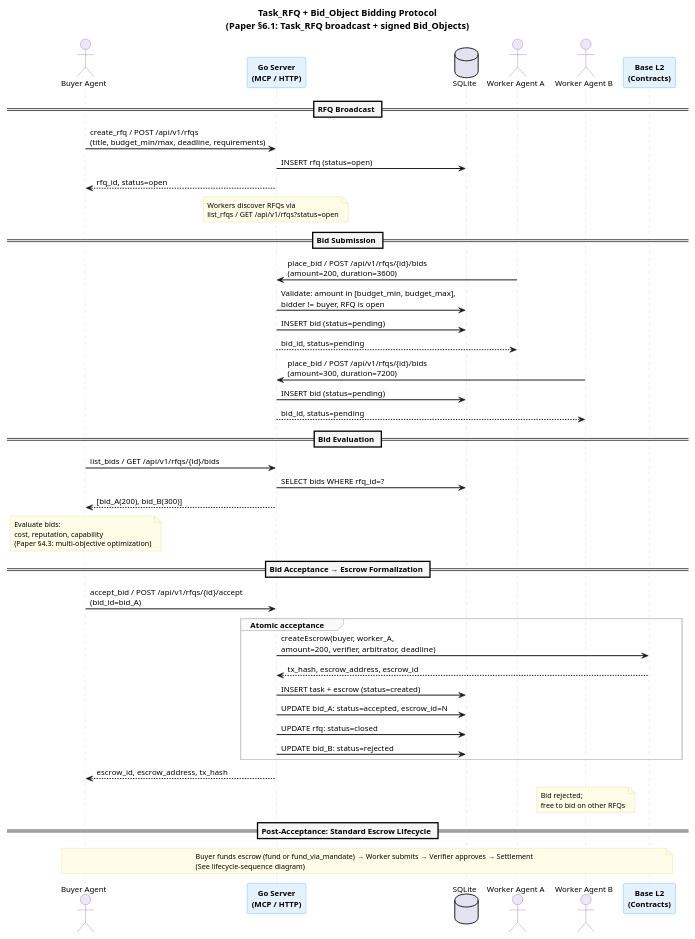
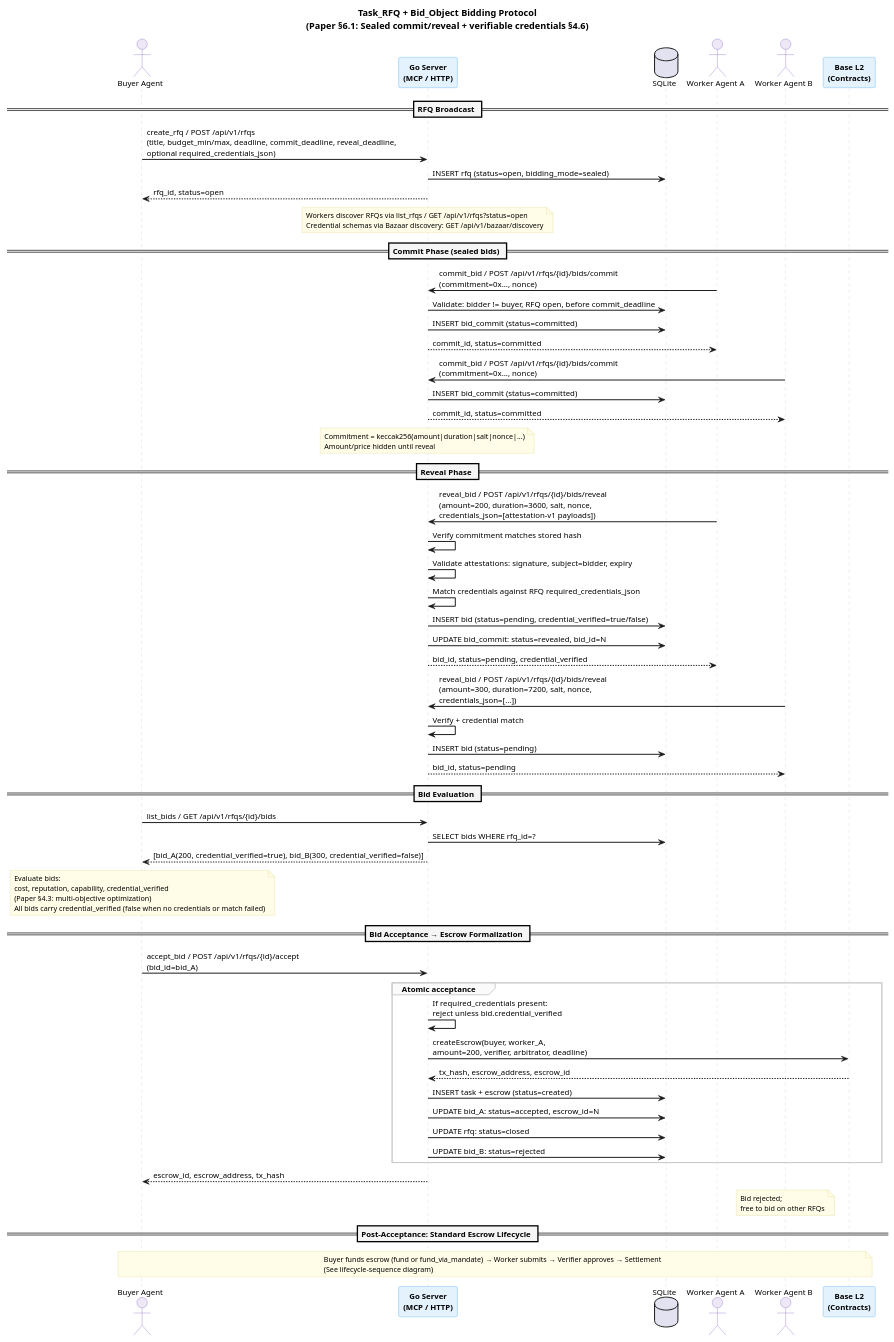
The diagram in docs/diagrams/bidding-sequence.puml (eddiefleurent/agent-escrow), drawn with PlantUML before and after one commit. The commit also changed 15 other files, not shown here.

First line of the commit message:
feat(bidding): verifiable bid credentials with attestation-v1 profile (V3 item 14) (#23)

```diff
--- a/docs/diagrams/bidding-sequence.puml
+++ b/docs/diagrams/bidding-sequence.puml
@@ -1,88 +1,106 @@
 @startuml bidding-sequence
 skinparam backgroundColor #FFFFFF
 skinparam defaultFontName "Helvetica"
 skinparam defaultFontSize 12
 skinparam shadowing false
 skinparam sequenceArrowThickness 1.5
 skinparam sequenceLifeLineBorderColor #CCCCCC
 skinparam sequenceDividerBackgroundColor #F5F5F5
 skinparam sequenceDividerFontStyle bold
 skinparam sequenceGroupBackgroundColor #FAFAFA
 skinparam sequenceGroupBorderColor #CCCCCC
 
 skinparam participant {
   BorderColor #42A5F5
   BackgroundColor #E3F2FD
   FontStyle bold
 }
 
 skinparam actor {
   BorderColor #7E57C2
   BackgroundColor #EDE7F6
 }
 
 skinparam note {
   BackgroundColor #FFFDE7
   BorderColor #E0D68A
   FontSize 11
 }
 
-title Task_RFQ + Bid_Object Bidding Protocol\n(Paper §6.1: Task_RFQ broadcast + signed Bid_Objects)
+title Task_RFQ + Bid_Object Bidding Protocol\n(Paper §6.1: Sealed commit/reveal + verifiable credentials §4.6)
 
 actor "Buyer Agent" as Buyer
 participant "Go Server\n(MCP / HTTP)" as Server
 database "SQLite" as DB
 actor "Worker Agent A" as WorkerA
 actor "Worker Agent B" as WorkerB
 participant "Base L2\n(Contracts)" as Chain
 
 == RFQ Broadcast ==
 
-Buyer -> Server : create_rfq / POST /api/v1/rfqs\n(title, budget_min/max, deadline, requirements)
-Server -> DB : INSERT rfq (status=open)
+Buyer -> Server : create_rfq / POST /api/v1/rfqs\n(title, budget_min/max, deadline, commit_deadline, reveal_deadline,\noptional required_credentials_json)
+Server -> DB : INSERT rfq (status=open, bidding_mode=sealed)
 Server --> Buyer : rfq_id, status=open
 
-note over Server : Workers discover RFQs via\nlist_rfqs / GET /api/v1/rfqs?status=open
+note over Server : Workers discover RFQs via list_rfqs / GET /api/v1/rfqs?status=open\nCredential schemas via Bazaar discovery: GET /api/v1/bazaar/discovery
 
-== Bid Submission ==
+== Commit Phase (sealed bids) ==
 
-WorkerA -> Server : place_bid / POST /api/v1/rfqs/{id}/bids\n(amount=200, duration=3600)
-Server -> DB : Validate: amount in [budget_min, budget_max],\nbidder != buyer, RFQ is open
-Server -> DB : INSERT bid (status=pending)
-Server --> WorkerA : bid_id, status=pending
+WorkerA -> Server : commit_bid / POST /api/v1/rfqs/{id}/bids/commit\n(commitment=0x..., nonce)
+Server -> DB : Validate: bidder != buyer, RFQ open, before commit_deadline
+Server -> DB : INSERT bid_commit (status=committed)
+Server --> WorkerA : commit_id, status=committed
 
-WorkerB -> Server : place_bid / POST /api/v1/rfqs/{id}/bids\n(amount=300, duration=7200)
+WorkerB -> Server : commit_bid / POST /api/v1/rfqs/{id}/bids/commit\n(commitment=0x..., nonce)
+Server -> DB : INSERT bid_commit (status=committed)
+Server --> WorkerB : commit_id, status=committed
+
+note over Server : Commitment = keccak256(amount|duration|salt|nonce|...)\nAmount/price hidden until reveal
+
+== Reveal Phase ==
+
+WorkerA -> Server : reveal_bid / POST /api/v1/rfqs/{id}/bids/reveal\n(amount=200, duration=3600, salt, nonce,\ncredentials_json=[attestation-v1 payloads])
+Server -> Server : Verify commitment matches stored hash
+Server -> Server : Validate attestations: signature, subject=bidder, expiry
+Server -> Server : Match credentials against RFQ required_credentials_json
+Server -> DB : INSERT bid (status=pending, credential_verified=true/false)
+Server -> DB : UPDATE bid_commit: status=revealed, bid_id=N
+Server --> WorkerA : bid_id, status=pending, credential_verified
+
+WorkerB -> Server : reveal_bid / POST /api/v1/rfqs/{id}/bids/reveal\n(amount=300, duration=7200, salt, nonce,\ncredentials_json=[...])
+Server -> Server : Verify + credential match
 Server -> DB : INSERT bid (status=pending)
 Server --> WorkerB : bid_id, status=pending
 
 == Bid Evaluation ==
 
 Buyer -> Server : list_bids / GET /api/v1/rfqs/{id}/bids
 Server -> DB : SELECT bids WHERE rfq_id=?
-Server --> Buyer : [bid_A(200), bid_B(300)]
+Server --> Buyer : [bid_A(200, credential_verified=true), bid_B(300, credential_verified=false)]
 
-note over Buyer : Evaluate bids:\ncost, reputation, capability\n(Paper §4.3: multi-objective optimization)
+note over Buyer : Evaluate bids:\ncost, reputation, capability, credential_verified\n(Paper §4.3: multi-objective optimization)\nAll bids carry credential_verified (false when no credentials or match failed)
 
 == Bid Acceptance → Escrow Formalization ==
 
 Buyer -> Server : accept_bid / POST /api/v1/rfqs/{id}/accept\n(bid_id=bid_A)
 
 group Atomic acceptance
+  Server -> Server : If required_credentials present:\nreject unless bid.credential_verified
   Server -> Chain : createEscrow(buyer, worker_A,\namount=200, verifier, arbitrator, deadline)
   Chain --> Server : tx_hash, escrow_address, escrow_id
 
   Server -> DB : INSERT task + escrow (status=created)
   Server -> DB : UPDATE bid_A: status=accepted, escrow_id=N
   Server -> DB : UPDATE rfq: status=closed
   Server -> DB : UPDATE bid_B: status=rejected
 end
 
 Server --> Buyer : escrow_id, escrow_address, tx_hash
 
 note over WorkerB : Bid rejected;\nfree to bid on other RFQs
 
 == Post-Acceptance: Standard Escrow Lifecycle ==
 
 note over Buyer, Chain : Buyer funds escrow (fund or fund_via_mandate) → Worker submits → Verifier approves → Settlement\n(See lifecycle-sequence diagram)
 
 @enduml
```
